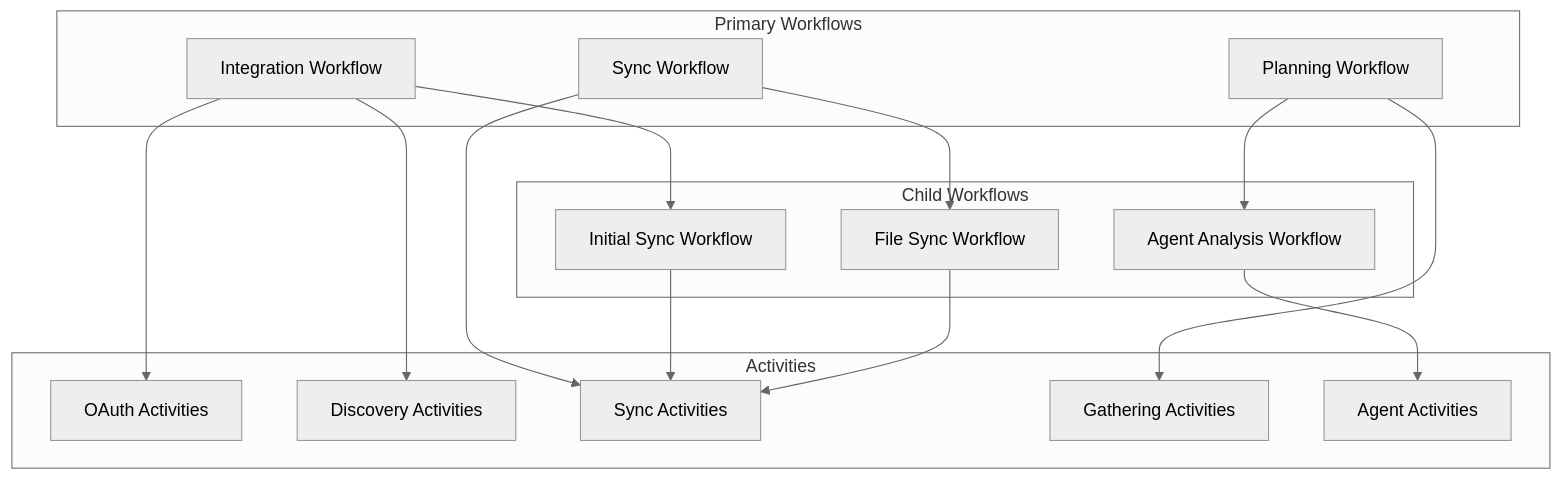
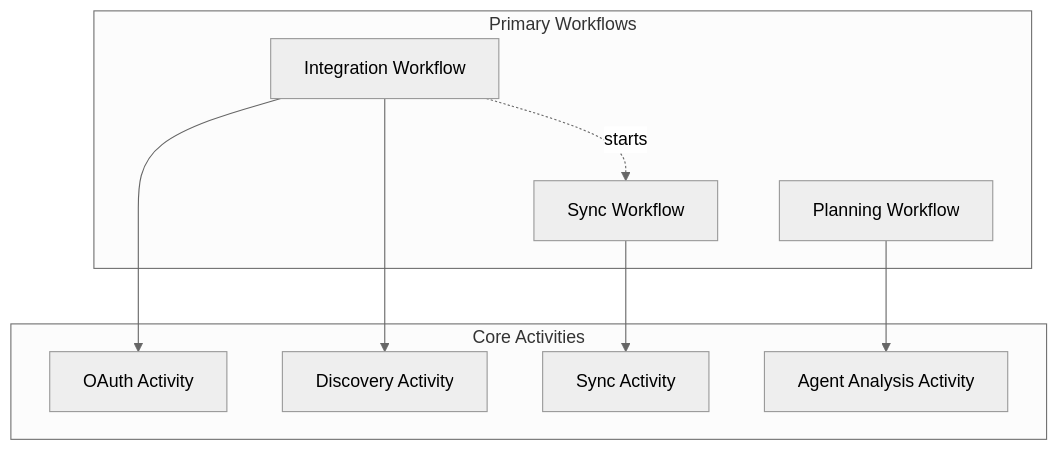
The diagram in docs/workflow-orchestration-plan.md (bai-nisan/media-planner-workspace), drawn with Mermaid (neutral theme) before and after one commit. The commit also changed other lines of this file and 21 other files, not shown here.

````diff
--- a/docs/workflow-orchestration-plan.md
+++ b/docs/workflow-orchestration-plan.md
@@ -9,33 +9,21 @@
 ```mermaid
 graph TB
     subgraph "Primary Workflows"
         IW[Integration Workflow]
         SW[Sync Workflow]
         PW[Planning Workflow]
     end
     
-    subgraph "Child Workflows"
-        ISW[Initial Sync Workflow]
-        FSW[File Sync Workflow]
-        AAW[Agent Analysis Workflow]
-    end
-    
-    subgraph "Activities"
-        OA[OAuth Activities]
-        DA[Discovery Activities]
-        SA[Sync Activities]
-        GA[Gathering Activities]
-        AA[Agent Activities]
+    subgraph "Core Activities"
+        OA[OAuth Activity]
+        DA[Discovery Activity]
+        SA[Sync Activity]
+        AA[Agent Analysis Activity]
     end
     
     IW --> OA
     IW --> DA
-    IW --> ISW
+    IW -.starts.-> SW
     SW --> SA
-    SW --> FSW
-    PW --> GA
-    PW --> AAW
-    ISW --> SA
-    FSW --> SA
-    AAW --> AA
+    PW --> AA
 ```
````
